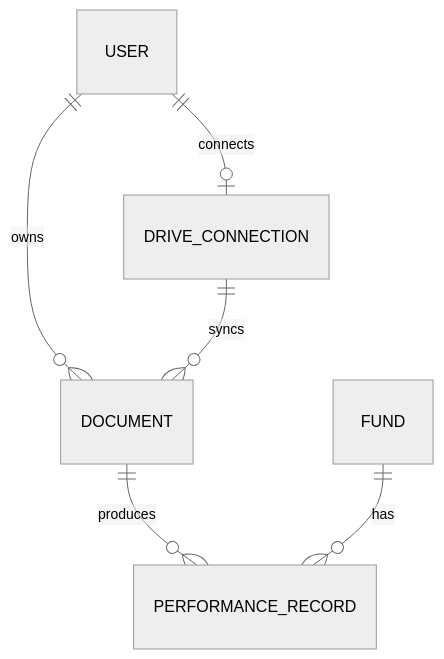
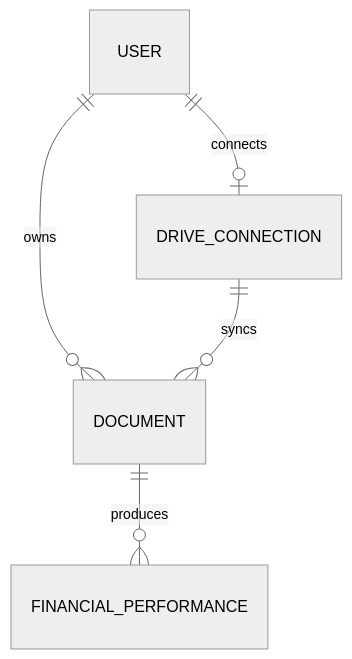
The third of 10 diagrams in docs/product-definitions/technical_architecture.md (velascode64/equi-document-intelligence-web-app), drawn with Mermaid (neutral theme) before and after one commit. The commit also changed other lines of this file and 6 other files, not shown here.

Commit message:
Add Google Drive sync analyzer flow

````diff
--- a/docs/product-definitions/technical_architecture.md
+++ b/docs/product-definitions/technical_architecture.md
@@ -217,11 +237,9 @@
 ```mermaid
 erDiagram
     USER ||--o| DRIVE_CONNECTION : connects
     USER ||--o{ DOCUMENT : owns
 
     DRIVE_CONNECTION ||--o{ DOCUMENT : syncs
 
-    DOCUMENT ||--o{ PERFORMANCE_RECORD : produces
-
-    FUND ||--o{ PERFORMANCE_RECORD : has
+    DOCUMENT ||--o{ FINANCIAL_PERFORMANCE : produces
 ```
````
